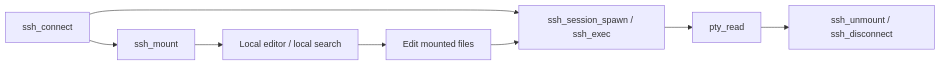
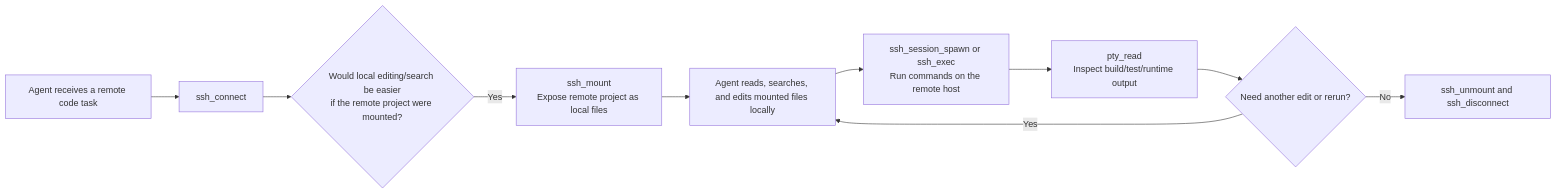
Before and after one commit to conql/pty-mcp: the third of 3 diagrams in README.md, drawn with Mermaid. The commit also changed other lines of this file, not shown here.

Commit message:
Rewrite README workflows from the agent perspective

````diff
--- a/README.md
+++ b/README.md
@@ -81,10 +92,12 @@
 ```mermaid
 flowchart LR
-    A["ssh_connect"] --> B["ssh_mount"]
-    B --> C["Local editor / local search"]
-    A --> D["ssh_session_spawn / ssh_exec"]
-    D --> E["pty_read"]
-    C --> F["Edit mounted files"]
-    F --> D
-    E --> G["ssh_unmount / ssh_disconnect"]
+    A["Agent receives a remote code task"] --> B["ssh_connect"]
+    B --> C{"Would local editing/search be easier<br/>if the remote project were mounted?"}
+    C -- "Yes" --> D["ssh_mount<br/>Expose remote project as local files"]
+    D --> E["Agent reads, searches, and edits mounted files locally"]
+    E --> F["ssh_session_spawn or ssh_exec<br/>Run commands on the remote host"]
+    F --> G["pty_read<br/>Inspect build/test/runtime output"]
+    G --> H{"Need another edit or rerun?"}
+    H -- "Yes" --> E
+    H -- "No" --> I["ssh_unmount and ssh_disconnect"]
 ```
````
